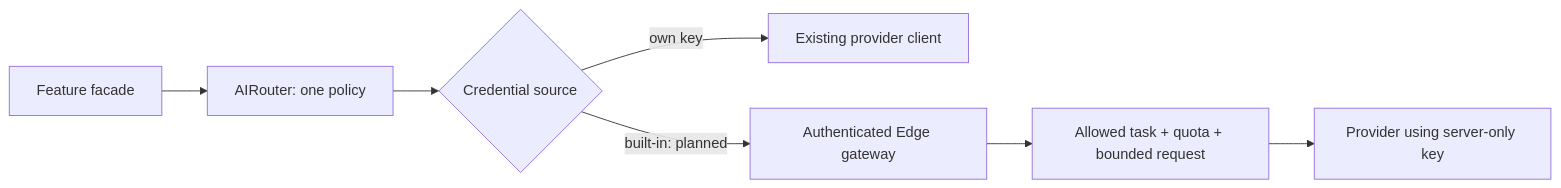
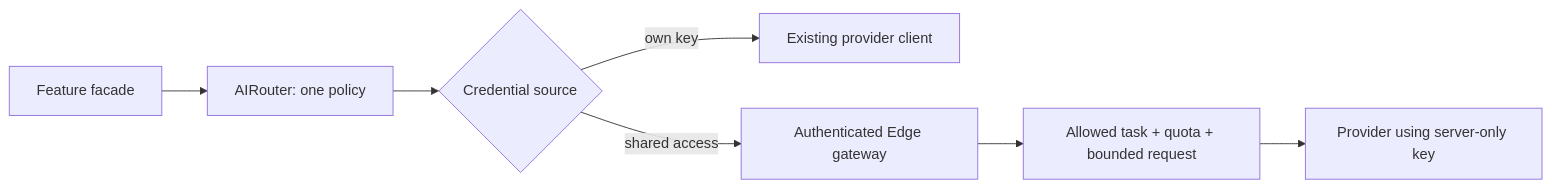
One commit to anjahubac/tavli changed the second of 2 diagrams in docs/architecture.md. Above: the diagram before and after it, drawn with Mermaid. The commit also changed other lines of this file and 14 other files, not shown here.

````diff
--- a/docs/architecture.md
+++ b/docs/architecture.md
@@ -190,9 +190,9 @@
 ```mermaid
 flowchart LR
   F["Feature facade"] --> AR["AIRouter: one policy"]
   AR --> CH{Credential source}
   CH -->|"own key"| DIRECT["Existing provider client"]
-  CH -->|"built-in: planned"| GW["Authenticated Edge gateway"]
+  CH -->|"shared access"| GW["Authenticated Edge gateway"]
   GW --> LIMIT["Allowed task + quota + bounded request"]
   LIMIT --> AI["Provider using server-only key"]
 ```
````
